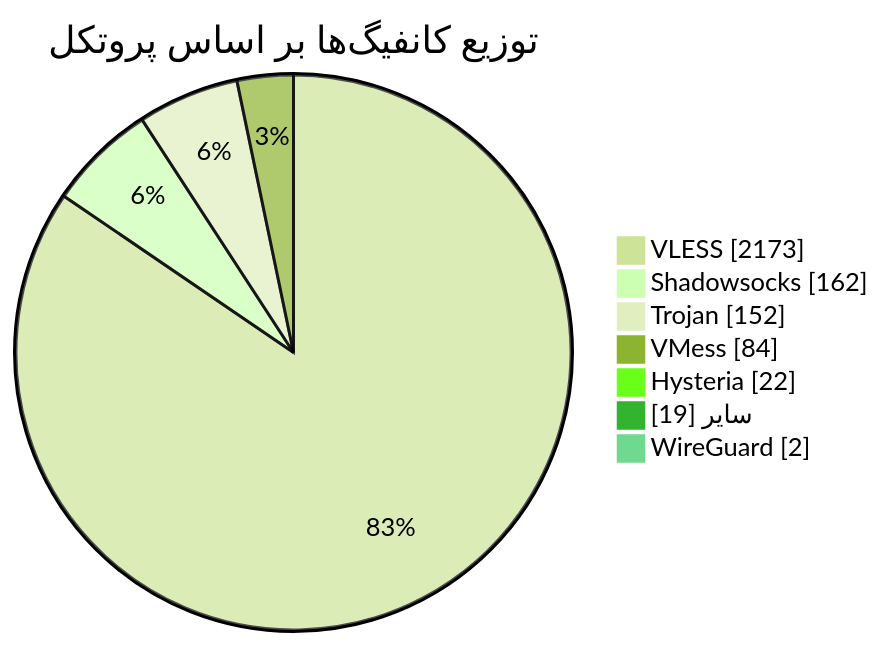
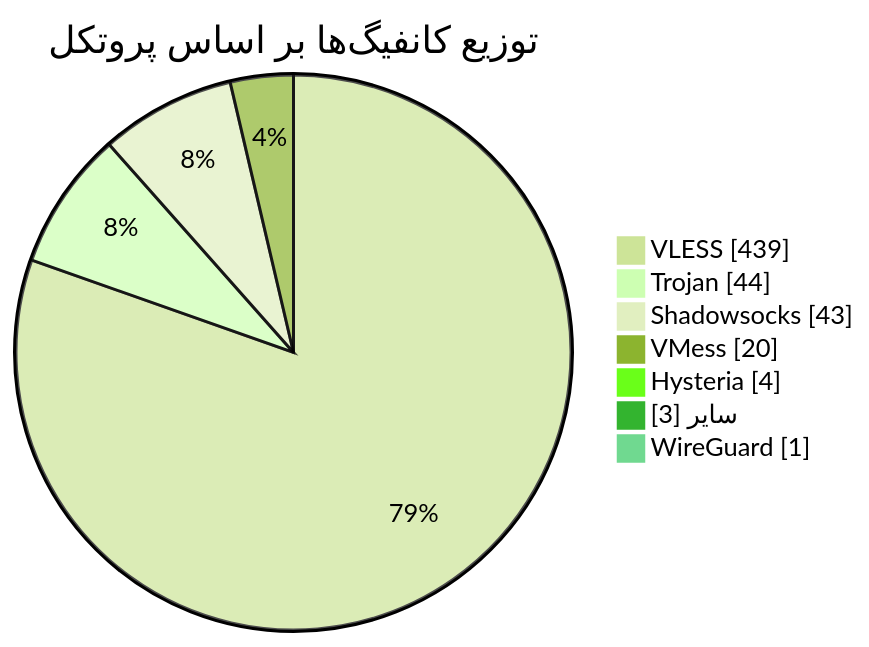
Before and after one commit to Arian-Alijani/Somthing: the diagram in README.md, drawn with Mermaid (forest theme). The commit also changed other lines of this file and 139 other files, not shown here.

````diff
--- a/README.md
+++ b/README.md
@@ -49,11 +49,11 @@
 ```mermaid
 pie showData
     title توزیع کانفیگ‌ها بر اساس پروتکل
-    "VLESS" : 2173
-    "Shadowsocks" : 162
-    "Trojan" : 152
-    "VMess" : 84
-    "Hysteria" : 22
-    "سایر" : 19
-    "WireGuard" : 2
+    "VLESS" : 439
+    "Trojan" : 44
+    "Shadowsocks" : 43
+    "VMess" : 20
+    "Hysteria" : 4
+    "سایر" : 3
+    "WireGuard" : 1
 ```
````
